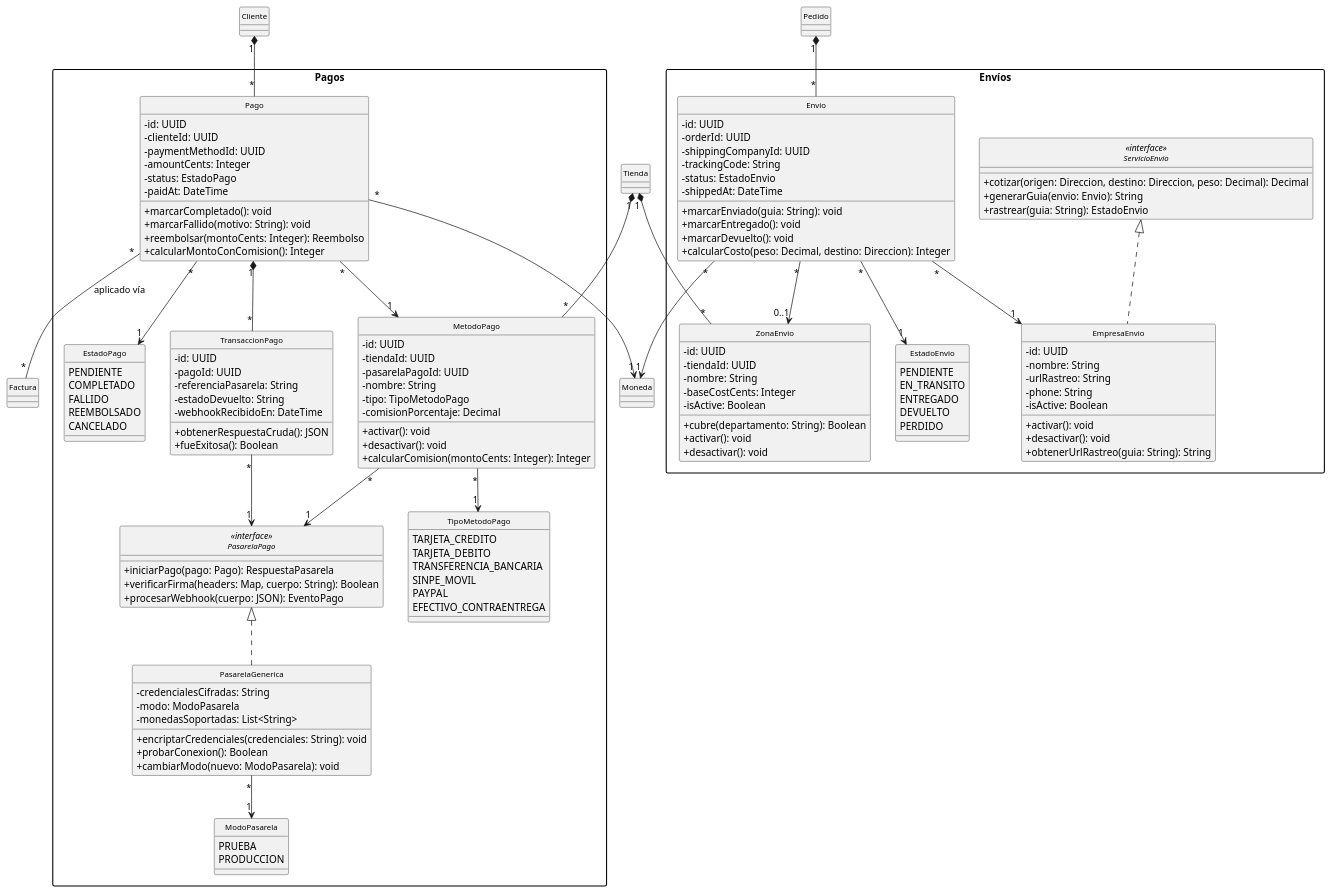
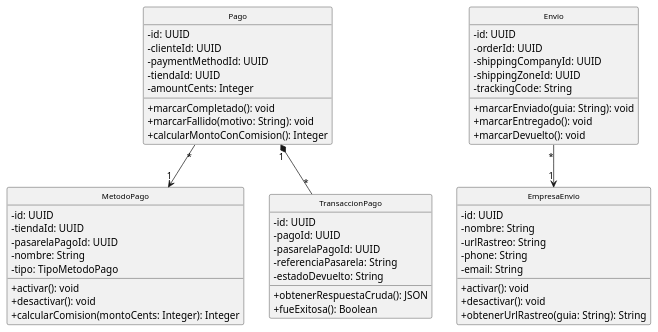
One commit to D4nitrix13/AtlasCommerce changed the diagram in docs/uml/8.2.5-clases-pagos-envios-simple.puml. Above: the diagram before and after it, drawn with PlantUML. The commit also changed 11 other files, not shown here.

First line of the commit message:
docs(uml): simplificar diagramas de clases, actividad y estados

```diff
--- a/docs/uml/8.2.5-clases-pagos-envios-simple.puml
+++ b/docs/uml/8.2.5-clases-pagos-envios-simple.puml
@@ -1,165 +1,67 @@
 @startuml 8.2.5 - Diagrama de Clases (Pagos y Envíos, simplificado)
 skinparam classAttributeIconSize 0
 skinparam classFontSize 11
 skinparam packageStyle rectangle
 hide circle
-hide <<internal>>
 
-' ============================================================
-' 8.2.5 — PAGOS Y ENVÍOS (simplificado)
-' ============================================================
+' Pago con su método y transacción; envío por empresa de transporte.
 
-package "Pagos" {
-
-  class MetodoPago {
-    - id: UUID
-    - tiendaId: UUID
-    - pasarelaPagoId: UUID
-    - nombre: String
-    - tipo: TipoMetodoPago
-    - comisionPorcentaje: Decimal
-    + activar(): void
-    + desactivar(): void
-    + calcularComision(montoCents: Integer): Integer
-  }
-
-  enum TipoMetodoPago {
-    TARJETA_CREDITO
-    TARJETA_DEBITO
-    TRANSFERENCIA_BANCARIA
-    SINPE_MOVIL
-    PAYPAL
-    EFECTIVO_CONTRAENTREGA
-  }
-
-  class Pago {
-    - id: UUID
-    - clienteId: UUID
-    - paymentMethodId: UUID
-    - amountCents: Integer
-    - status: EstadoPago
-    - paidAt: DateTime
-    + marcarCompletado(): void
-    + marcarFallido(motivo: String): void
-    + reembolsar(montoCents: Integer): Reembolso
-    + calcularMontoConComision(): Integer
-  }
-
-  enum EstadoPago {
-    PENDIENTE
-    COMPLETADO
-    FALLIDO
-    REEMBOLSADO
-    CANCELADO
-  }
-
-  class TransaccionPago {
-    - id: UUID
-    - pagoId: UUID
-    - referenciaPasarela: String
-    - estadoDevuelto: String
-    - webhookRecibidoEn: DateTime
-    + obtenerRespuestaCruda(): JSON
-    + fueExitosa(): Boolean
-  }
-
-  class PagoFactura <<internal>>
-
-  interface PasarelaPago <<interface>> {
-    + iniciarPago(pago: Pago): RespuestaPasarela
-    + verificarFirma(headers: Map, cuerpo: String): Boolean
-    + procesarWebhook(cuerpo: JSON): EventoPago
-  }
-
-  class PasarelaGenerica {
-    - credencialesCifradas: String
-    - modo: ModoPasarela
-    - monedasSoportadas: List<String>
-    + encriptarCredenciales(credenciales: String): void
-    + probarConexion(): Boolean
-    + cambiarModo(nuevo: ModoPasarela): void
-  }
-
-  enum ModoPasarela {
-    PRUEBA
-    PRODUCCION
-  }
+class Pago {
+  - id: UUID
+  - clienteId: UUID
+  - paymentMethodId: UUID
+  - tiendaId: UUID
+  - amountCents: Integer
+  + marcarCompletado(): void
+  + marcarFallido(motivo: String): void
+  + calcularMontoConComision(): Integer
 }
 
-package "Envíos" {
-
-  interface ServicioEnvio <<interface>> {
-    + cotizar(origen: Direccion, destino: Direccion, peso: Decimal): Decimal
-    + generarGuia(envio: Envio): String
-    + rastrear(guia: String): EstadoEnvio
-  }
-
-  class Envio {
-    - id: UUID
-    - orderId: UUID
-    - shippingCompanyId: UUID
-    - trackingCode: String
-    - status: EstadoEnvio
-    - shippedAt: DateTime
-    + marcarEnviado(guia: String): void
-    + marcarEntregado(): void
-    + marcarDevuelto(): void
-    + calcularCosto(peso: Decimal, destino: Direccion): Integer
-  }
-
-  enum EstadoEnvio {
-    PENDIENTE
-    EN_TRANSITO
-    ENTREGADO
-    DEVUELTO
-    PERDIDO
-  }
-
-  class EmpresaEnvio {
-    - id: UUID
-    - nombre: String
-    - urlRastreo: String
-    - phone: String
-    - isActive: Boolean
-    + activar(): void
-    + desactivar(): void
-    + obtenerUrlRastreo(guia: String): String
-  }
-
-  class ZonaEnvio {
-    - id: UUID
-    - tiendaId: UUID
-    - nombre: String
-    - baseCostCents: Integer
-    - isActive: Boolean
-    + cubre(departamento: String): Boolean
-    + activar(): void
-    + desactivar(): void
-  }
+class MetodoPago {
+  - id: UUID
+  - tiendaId: UUID
+  - pasarelaPagoId: UUID
+  - nombre: String
+  - tipo: TipoMetodoPago
+  + activar(): void
+  + desactivar(): void
+  + calcularComision(montoCents: Integer): Integer
 }
 
-' ============================================================
-' RELACIONES
-' ============================================================
-PasarelaPago <|.. PasarelaGenerica
-Tienda "1" *-- "*" MetodoPago
-MetodoPago "*" --> "1" TipoMetodoPago
-MetodoPago "*" --> "1" PasarelaPago
-Cliente "1" *-- "*" Pago
+class TransaccionPago {
+  - id: UUID
+  - pagoId: UUID
+  - pasarelaPagoId: UUID
+  - referenciaPasarela: String
+  - estadoDevuelto: String
+  + obtenerRespuestaCruda(): JSON
+  + fueExitosa(): Boolean
+}
+
+class Envio {
+  - id: UUID
+  - orderId: UUID
+  - shippingCompanyId: UUID
+  - shippingZoneId: UUID
+  - trackingCode: String
+  + marcarEnviado(guia: String): void
+  + marcarEntregado(): void
+  + marcarDevuelto(): void
+}
+
+class EmpresaEnvio {
+  - id: UUID
+  - nombre: String
+  - urlRastreo: String
+  - phone: String
+  - email: String
+  + activar(): void
+  + desactivar(): void
+  + obtenerUrlRastreo(guia: String): String
+}
+
 Pago "*" --> "1" MetodoPago
-Pago "*" --> "1" Moneda
-Pago "*" --> "1" EstadoPago
 Pago "1" *-- "*" TransaccionPago
-TransaccionPago "*" --> "1" PasarelaPago
-Pago "*" -- "*" Factura : "aplicado vía"
-PasarelaGenerica "*" --> "1" ModoPasarela
-
-ServicioEnvio <|.. EmpresaEnvio
-Pedido "1" *-- "*" Envio
 Envio "*" --> "1" EmpresaEnvio
-Envio "*" --> "0..1" ZonaEnvio
-Envio "*" --> "1" Moneda
-Envio "*" --> "1" EstadoEnvio
-Tienda "1" *-- "*" ZonaEnvio
 
 @enduml
```
